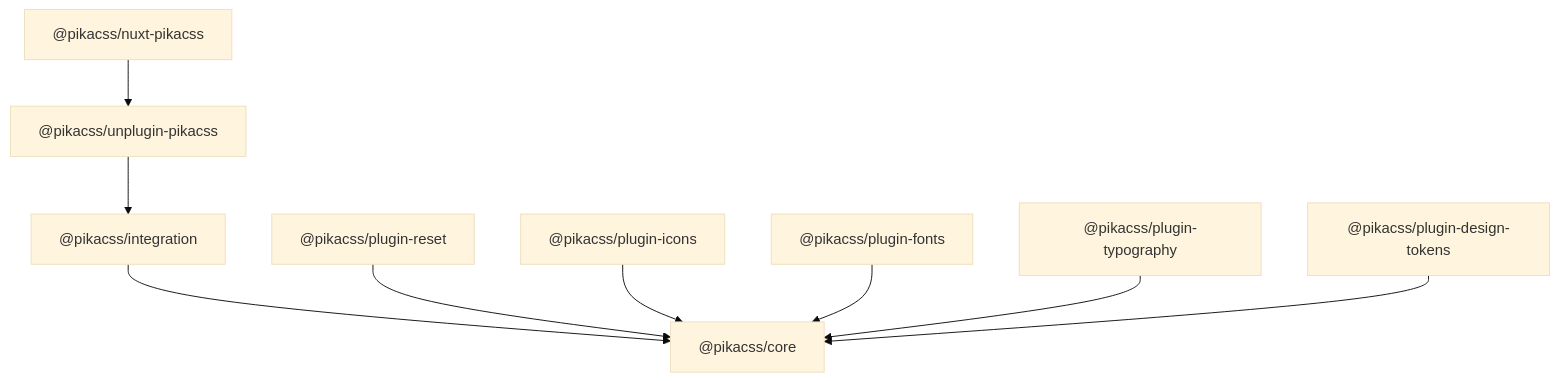
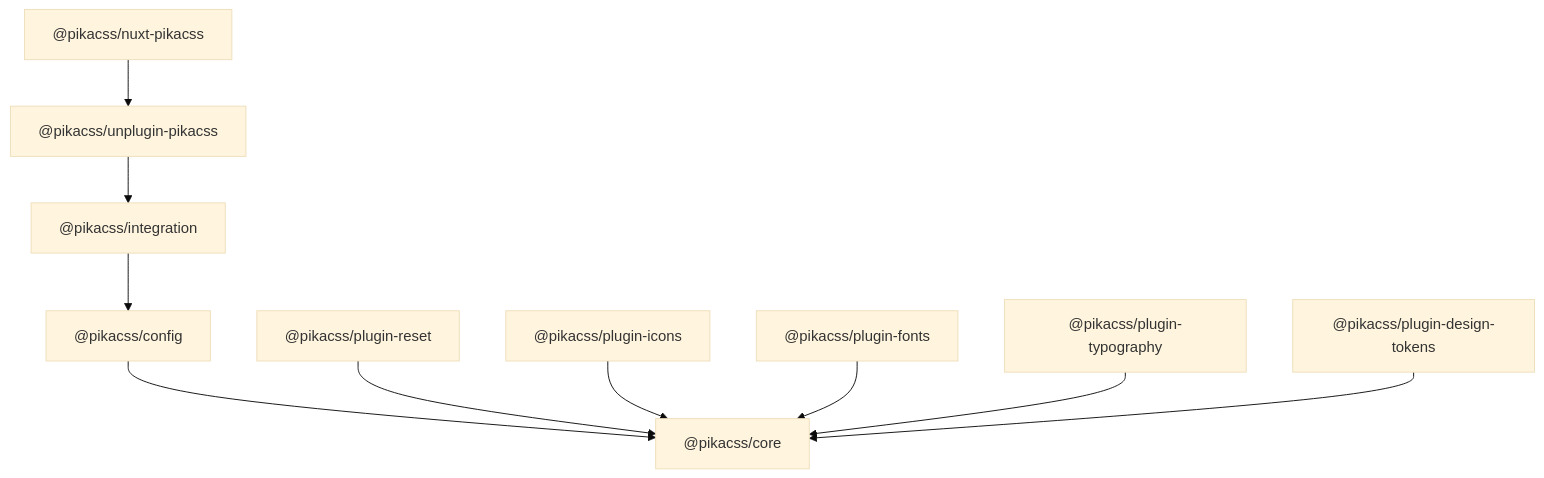
The diagram in docs/zh-tw/api/index.md (styocss/styocss), drawn with Mermaid (base theme) before and after one commit. The commit also changed other lines of this file and 100 other files, not shown here.

````diff
--- a/docs/zh-tw/api/index.md
+++ b/docs/zh-tw/api/index.md
@@ -59,21 +61,23 @@
 ```mermaid
 graph TD
     core["@pikacss/core"]
+    config["@pikacss/config"]
     integration["@pikacss/integration"]
     unplugin["@pikacss/unplugin-pikacss"]
     nuxt["@pikacss/nuxt-pikacss"]
     reset["@pikacss/plugin-reset"]
     icons["@pikacss/plugin-icons"]
     fonts["@pikacss/plugin-fonts"]
     typography["@pikacss/plugin-typography"]
     designTokens["@pikacss/plugin-design-tokens"]
 
-    integration --> core
+    config --> core
+    integration --> config
     unplugin --> integration
     nuxt --> unplugin
     reset --> core
     icons --> core
     fonts --> core
     typography --> core
     designTokens --> core
 ```
````
